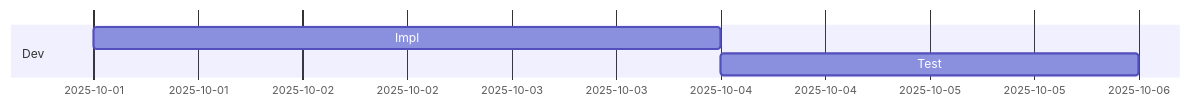
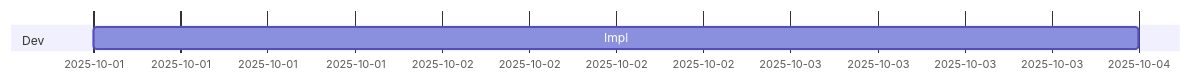
One commit to hiroki-imai/mmtutor changed the first of 2 diagrams in lessons/gantt.md. Above: the diagram before and after it, drawn with Mermaid. The commit also changed other lines of this file and 11 other files, not shown here.

````diff
--- a/lessons/gantt.md
+++ b/lessons/gantt.md
@@ -10,7 +6,6 @@
 ```mermaid
 gantt
-  dateFormat  YYYY-MM-DD
+  dateFormat YYYY-MM-DD
   section Dev
-  Impl      :a1, 2025-10-01, 3d
-  Test      :after a1, 2d
+  Impl :2025-10-01, 3d
 ```
````
